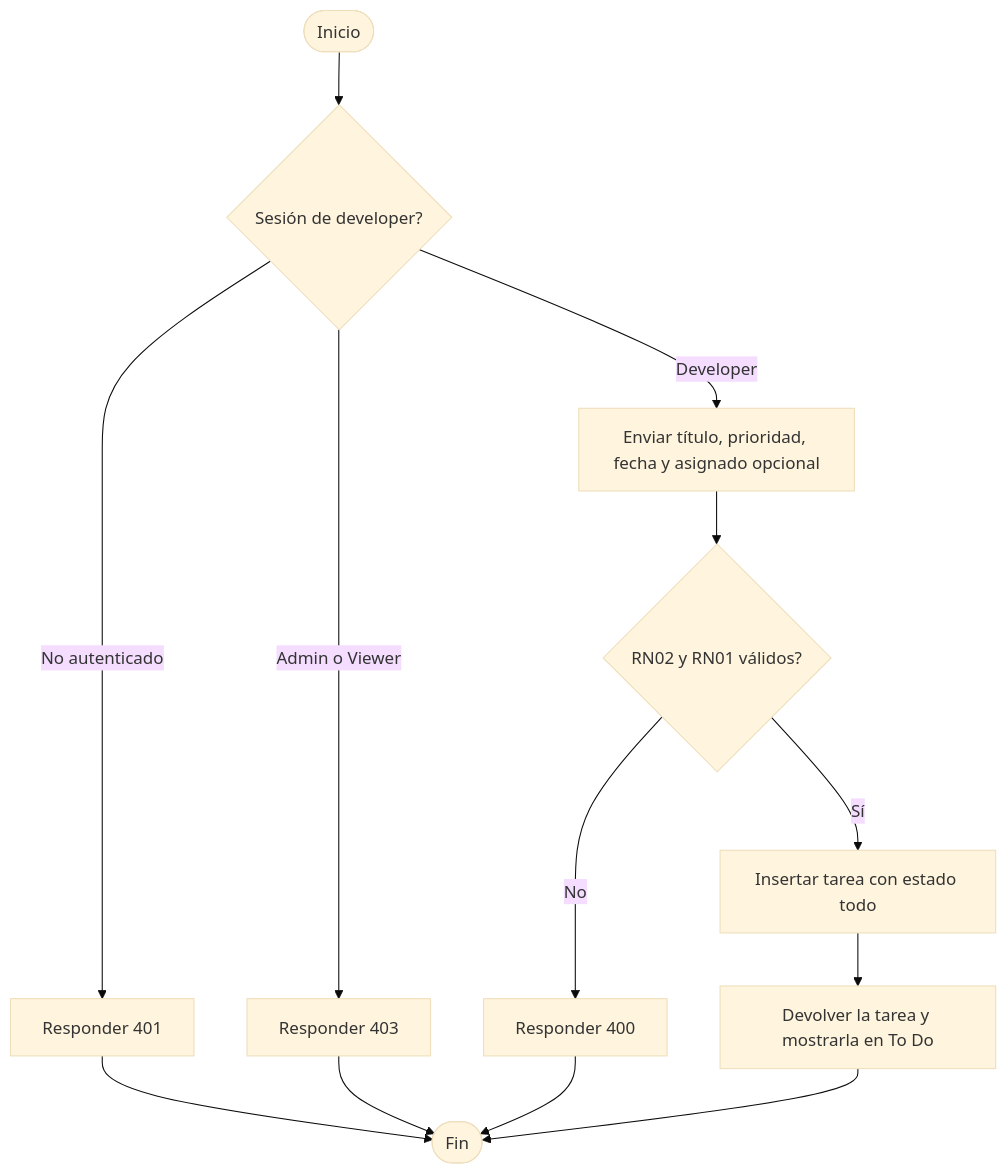
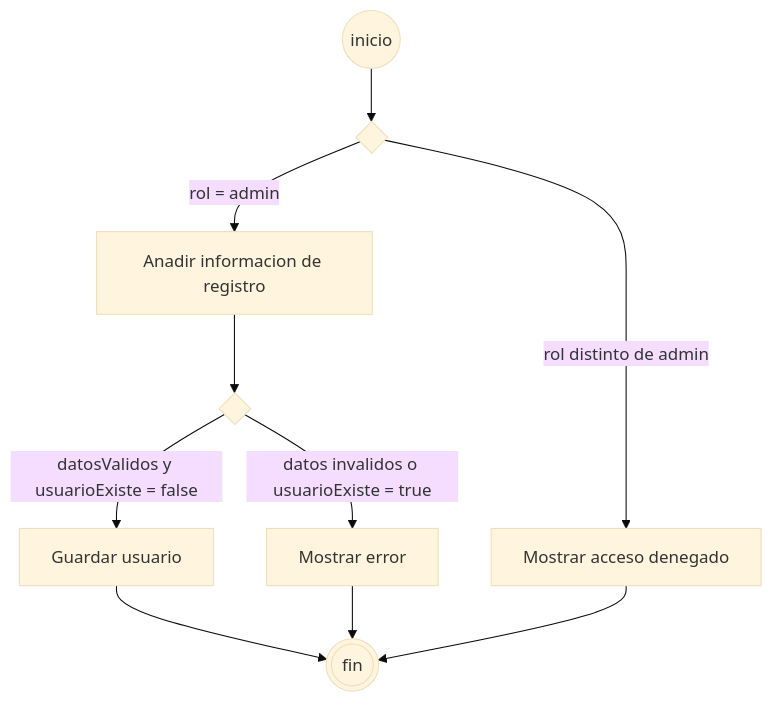
Before and after one commit to moisescb123/TaskFlowDevops: the sixth of 12 diagrams in README.md, drawn with Mermaid (base theme). The commit also changed other lines of this file, not shown here.

First line of the commit message:
docs: align README system models with week-5 UML notation.

````diff
--- a/README.md
+++ b/README.md
@@ -232,15 +184,12 @@
 ```mermaid
 flowchart TD
-  inicio([Inicio]) --> sesion{Sesión de developer?}
-  sesion -->|No autenticado| e401[Responder 401]
-  sesion -->|Admin o Viewer| e403[Responder 403]
-  sesion -->|Developer| datos[Enviar título, prioridad, fecha y asignado opcional]
-  datos --> valid{RN02 y RN01 válidos?}
-  valid -->|No| e400[Responder 400]
-  valid -->|Sí| guardar[Insertar tarea con estado todo]
-  guardar --> ok[Devolver la tarea y mostrarla en To Do]
-  e401 --> fin([Fin])
-  e403 --> fin
-  e400 --> fin
-  ok --> fin
+  inicio((inicio)) --> rol{ }
+  rol -->|rol = admin| datos[Anadir informacion de registro]
+  rol -->|rol distinto de admin| denegado[Mostrar acceso denegado]
+  datos --> valid{ }
+  valid -->|datosValidos y usuarioExiste = false| guardar[Guardar usuario]
+  valid -->|datos invalidos o usuarioExiste = true| error[Mostrar error]
+  guardar --> fin(((fin)))
+  denegado --> fin
+  error --> fin
 ```
````
